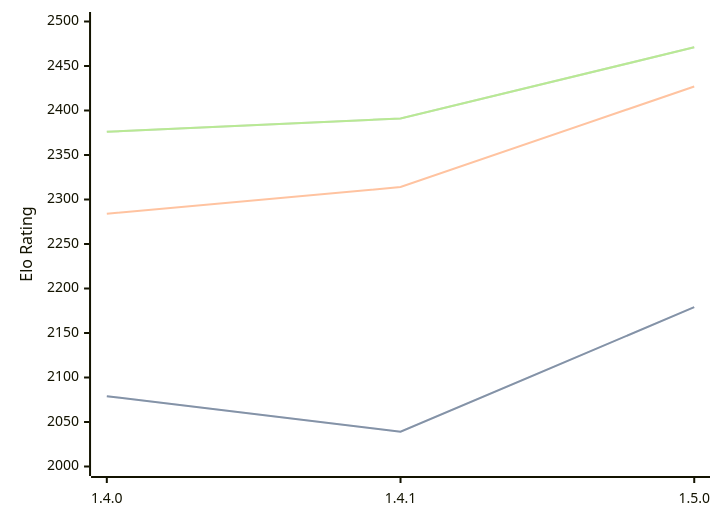
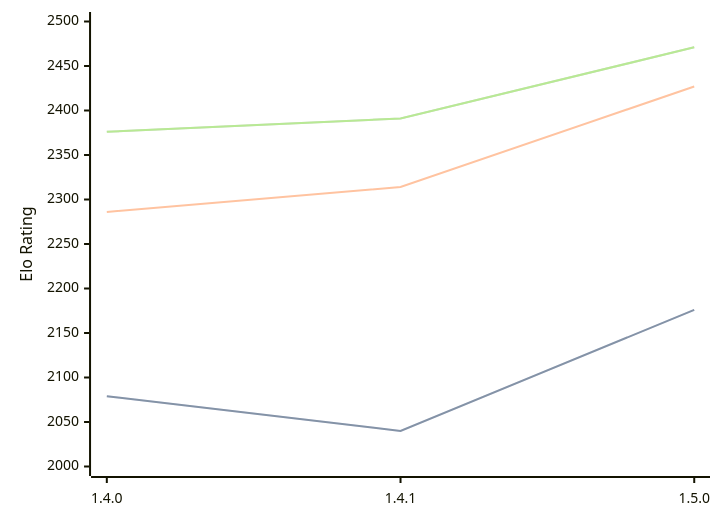
Before and after one commit to computer-chess-index/cci: the diagram in engines/Tofiks.md, drawn with Mermaid. The commit also changed other lines of this file, not shown here.

````diff
--- a/engines/Tofiks.md
+++ b/engines/Tofiks.md
@@ -33,11 +33,11 @@
 ```mermaid
 %%{init: {"theme":"base","themeVariables":{"seriesColors:['#a3a3a3','#222221','#faa371']}}}%%
 xychart-beta
   x-axis ["1.4.0", "1.4.1", "1.5.0"]
   y-axis "Elo Rating" 2000 --> 2500
-  line "STC (8.0+0.08s)" [2079, 2039, 2179]
-  line "STC (8.0+0.08s)" [2079, 2039, 2179]
-  line "LTC (60.0+0.60s)" [2284, 2314, 2427]
+  line "STC (8.0+0.08s)" [2079, 2040, 2176]
+  line "STC (8.0+0.08s)" [2079, 2040, 2176]
+  line "LTC (60.0+0.60s)" [2286, 2314, 2427]
   line "VLTC (2m24s+1.12s)" [2376, 2391, 2471]
   line "VLTC (2m24s+1.12s)" [2376, 2391, 2471]
 ```
````
